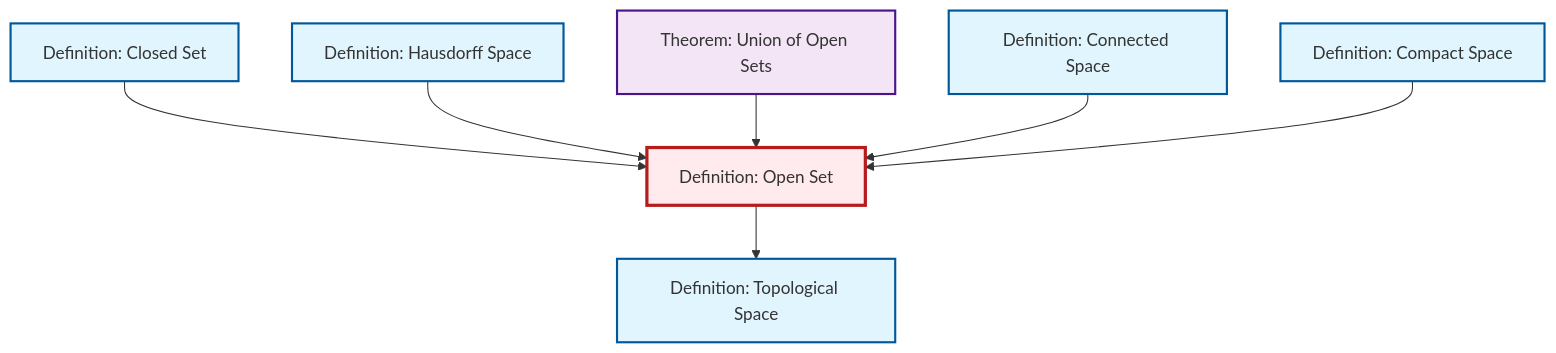
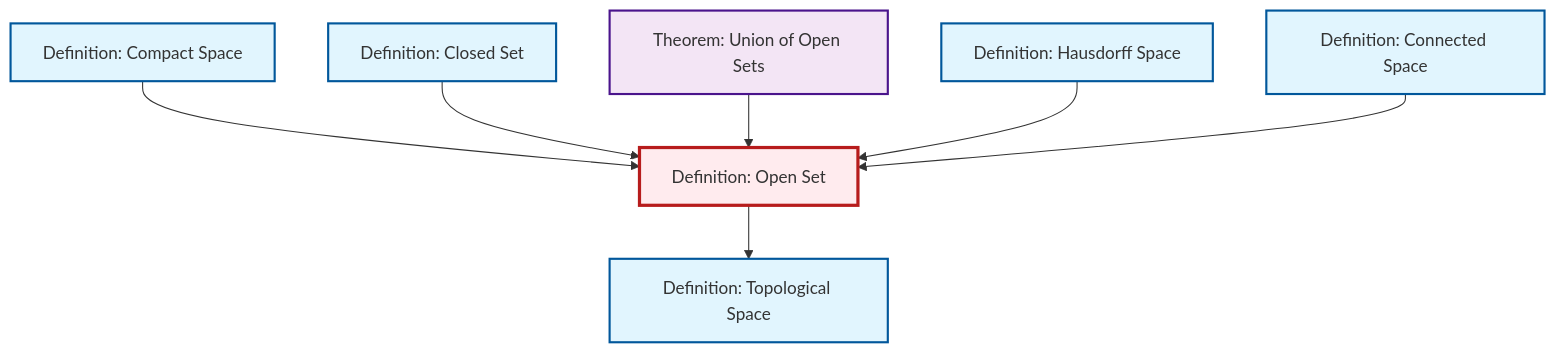
Before and after one commit to RK0429/ModernMath: the diagram in output/mermaid/def-open-set.mermaid, drawn with Mermaid. The commit also changed other lines of this file and 1118 other files, not shown here.

````diff
--- a/output/mermaid/def-open-set.mermaid
+++ b/output/mermaid/def-open-set.mermaid
@@ -1,23 +1,23 @@
 ```{mermaid}
 %%| fig-cap: "Local dependency graph"
 graph TD
     classDef definition fill:#e1f5fe,stroke:#01579b,stroke-width:2px
     classDef theorem fill:#f3e5f5,stroke:#4a148c,stroke-width:2px
     classDef axiom fill:#fff3e0,stroke:#e65100,stroke-width:2px
     classDef example fill:#e8f5e9,stroke:#1b5e20,stroke-width:2px
     classDef current fill:#ffebee,stroke:#b71c1c,stroke-width:3px
-    def-closed-set["Definition: Closed Set"]:::definition
-    def-open-set["Definition: Open Set"]:::definition
-    def-connected["Definition: Connected Space"]:::definition
-    def-compact["Definition: Compact Space"]:::definition
     def-topological-space["Definition: Topological Space"]:::definition
     thm-union-open-sets["Theorem: Union of Open Sets"]:::theorem
+    def-connected["Definition: Connected Space"]:::definition
     def-hausdorff["Definition: Hausdorff Space"]:::definition
+    def-compact["Definition: Compact Space"]:::definition
+    def-open-set["Definition: Open Set"]:::definition
+    def-closed-set["Definition: Closed Set"]:::definition
+    def-compact --> def-open-set
     def-closed-set --> def-open-set
-    def-hausdorff --> def-open-set
     def-open-set --> def-topological-space
     thm-union-open-sets --> def-open-set
+    def-hausdorff --> def-open-set
     def-connected --> def-open-set
-    def-compact --> def-open-set
     class def-open-set current
 ```
````
